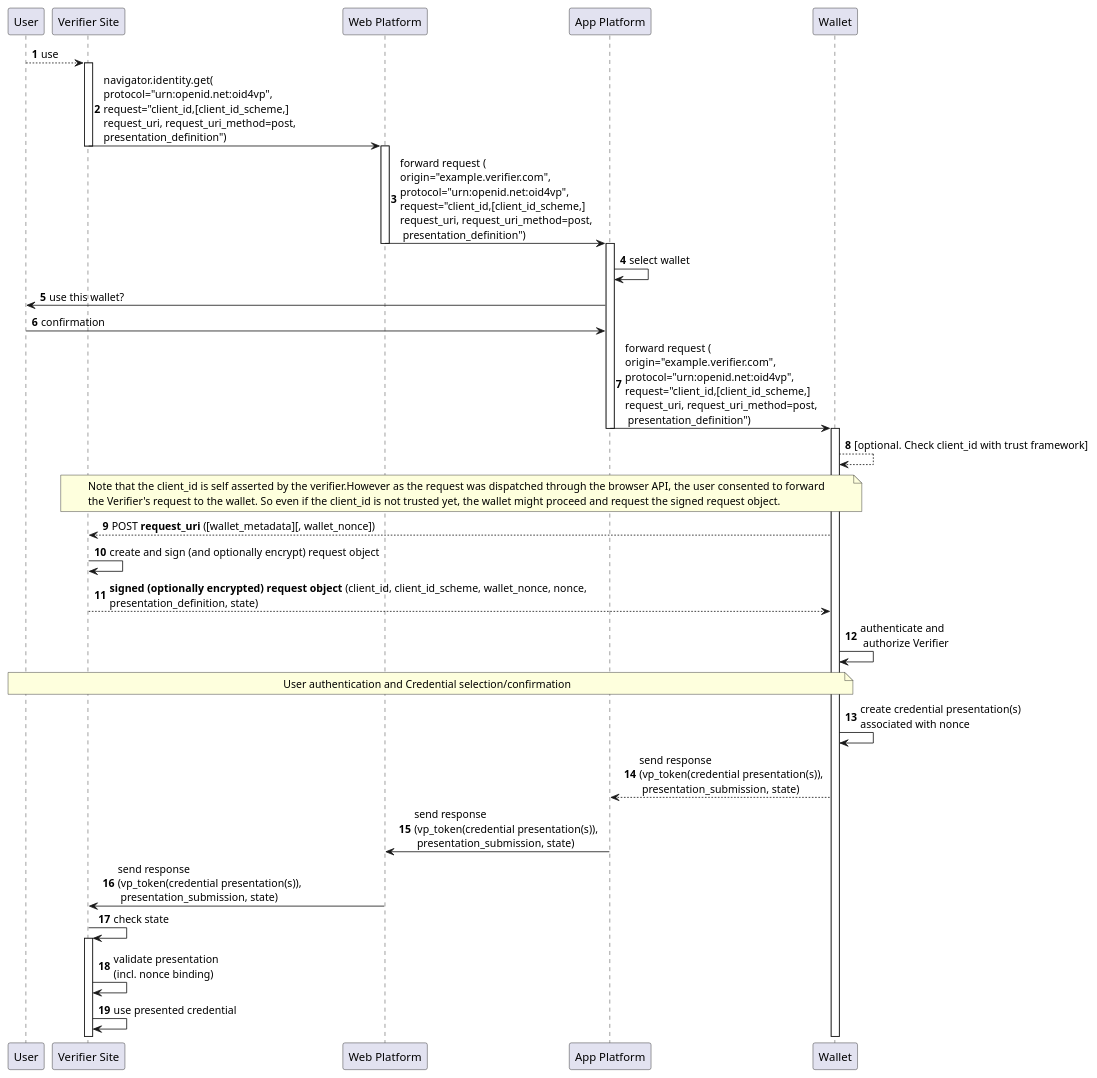
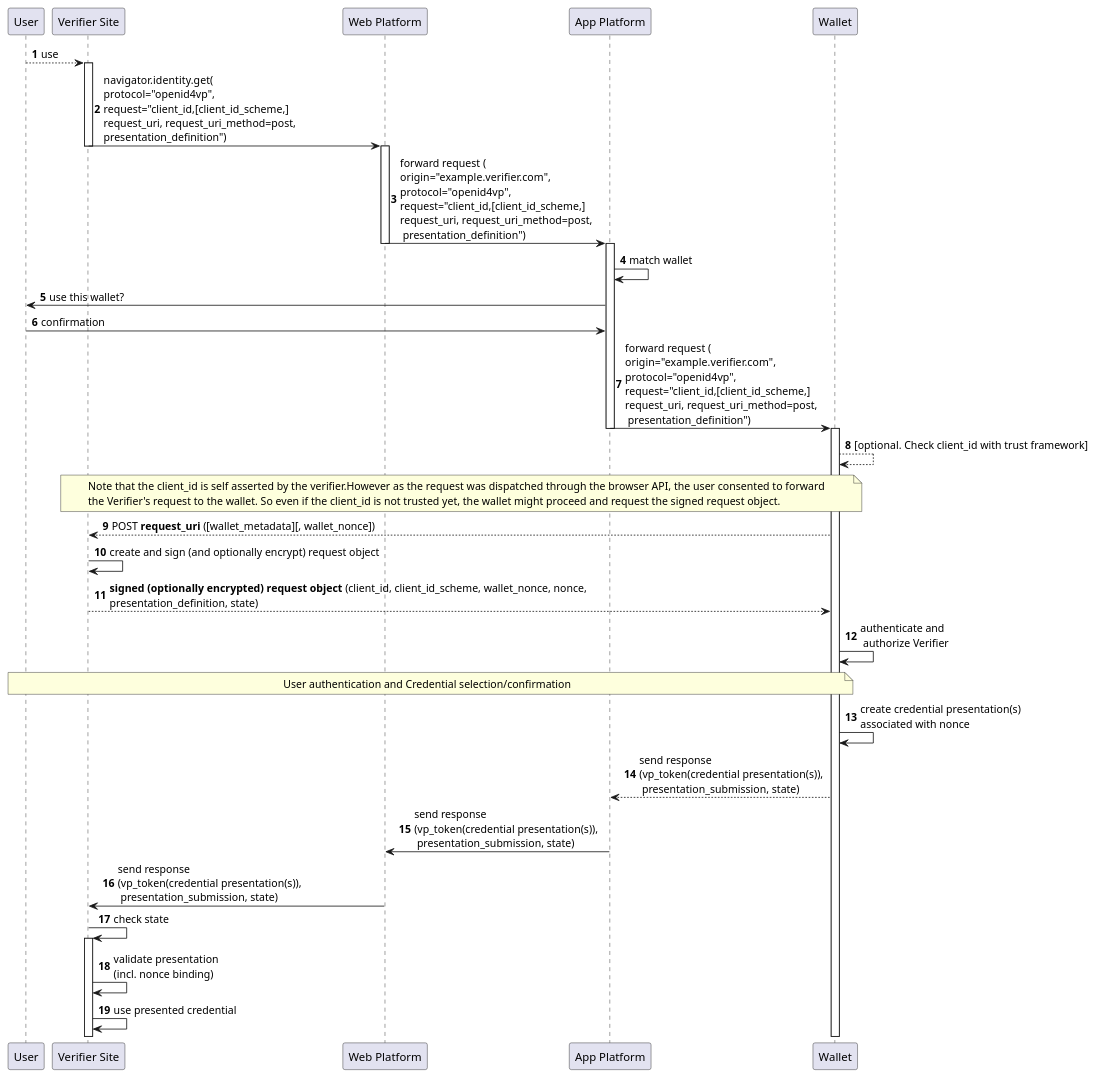
Before and after one commit to openid/OpenID4VP: the diagram in diagrams/request_uri_mode_post_through_browser_api.md, drawn with PlantUML. The commit also changed 5 other files, not shown here.

Commit message:
in the examples change urn:openid.net:oid4vp to openid4vp and add response_mode

````diff
--- a/diagrams/request_uri_mode_post_through_browser_api.md
+++ b/diagrams/request_uri_mode_post_through_browser_api.md
@@ -1,57 +1,57 @@
 ```plantuml
 @startuml
 
 autonumber
 
 participant "User" as u
 
 participant "Verifier Site" as r
 
 participant "Web Platform" as wp
 
 participant "App Platform" as ap
 
 participant "Wallet" as w
 
 u --> r : use
 activate r
 
-r -> wp: navigator.identity.get(\nprotocol="urn:openid.net:oid4vp",\nrequest="client_id,[client_id_scheme,] \nrequest_uri, request_uri_method=post, \npresentation_definition")
+r -> wp: navigator.identity.get(\nprotocol="openid4vp",\nrequest="client_id,[client_id_scheme,] \nrequest_uri, request_uri_method=post, \npresentation_definition")
 
 deactivate r
 activate wp
 
-wp -> ap: forward request (\norigin="example.verifier.com",\nprotocol="urn:openid.net:oid4vp",\nrequest="client_id,[client_id_scheme,] \nrequest_uri, request_uri_method=post,\n presentation_definition")
+wp -> ap: forward request (\norigin="example.verifier.com",\nprotocol="openid4vp",\nrequest="client_id,[client_id_scheme,] \nrequest_uri, request_uri_method=post,\n presentation_definition")
 deactivate wp
 activate ap
 
-ap -> ap: select wallet
+ap -> ap: match wallet
 ap -> u: use this wallet?
 u -> ap: confirmation
 
-ap -> w: forward request (\norigin="example.verifier.com",\nprotocol="urn:openid.net:oid4vp",\nrequest="client_id,[client_id_scheme,] \nrequest_uri, request_uri_method=post,\n presentation_definition")
+ap -> w: forward request (\norigin="example.verifier.com",\nprotocol="openid4vp",\nrequest="client_id,[client_id_scheme,] \nrequest_uri, request_uri_method=post,\n presentation_definition")
 deactivate ap
 
 activate w
 w --> w: [optional. Check client_id with trust framework]
 note over r,w
     Note that the client_id is self asserted by the verifier.However as the request was dispatched through the browser API, the user consented to forward 
     the Verifier's request to the wallet. So even if the client_id is not trusted yet, the wallet might proceed and request the signed request object.
 end note
 w --> r: POST **request_uri** ([wallet_metadata][, wallet_nonce])
 r -> r: create and sign (and optionally encrypt) request object 
 r --> w: **signed (optionally encrypted) request object** (client_id, client_id_scheme, wallet_nonce, nonce, \npresentation_definition, state)
 w -> w: authenticate and\n authorize Verifier
 
 note over u, w: User authentication and Credential selection/confirmation
 
 w -> w: create credential presentation(s) \nassociated with nonce
 w --> ap: send response \n(vp_token(credential presentation(s)),\n presentation_submission, state)
 ap -> wp: send response \n(vp_token(credential presentation(s)),\n presentation_submission, state)
 wp -> r: send response \n(vp_token(credential presentation(s)),\n presentation_submission, state)
 r -> r: check state
 activate r
 r -> r: validate presentation \n(incl. nonce binding)
 r -> r: use presented credential 
 @enduml
 ```
````
